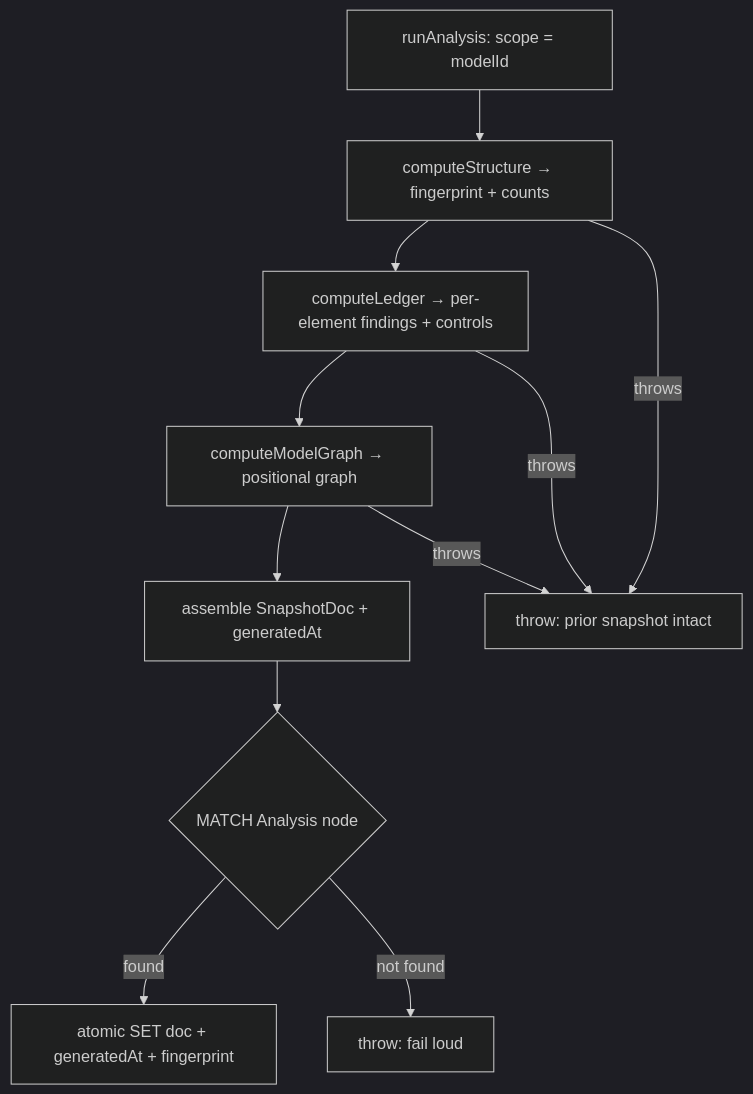
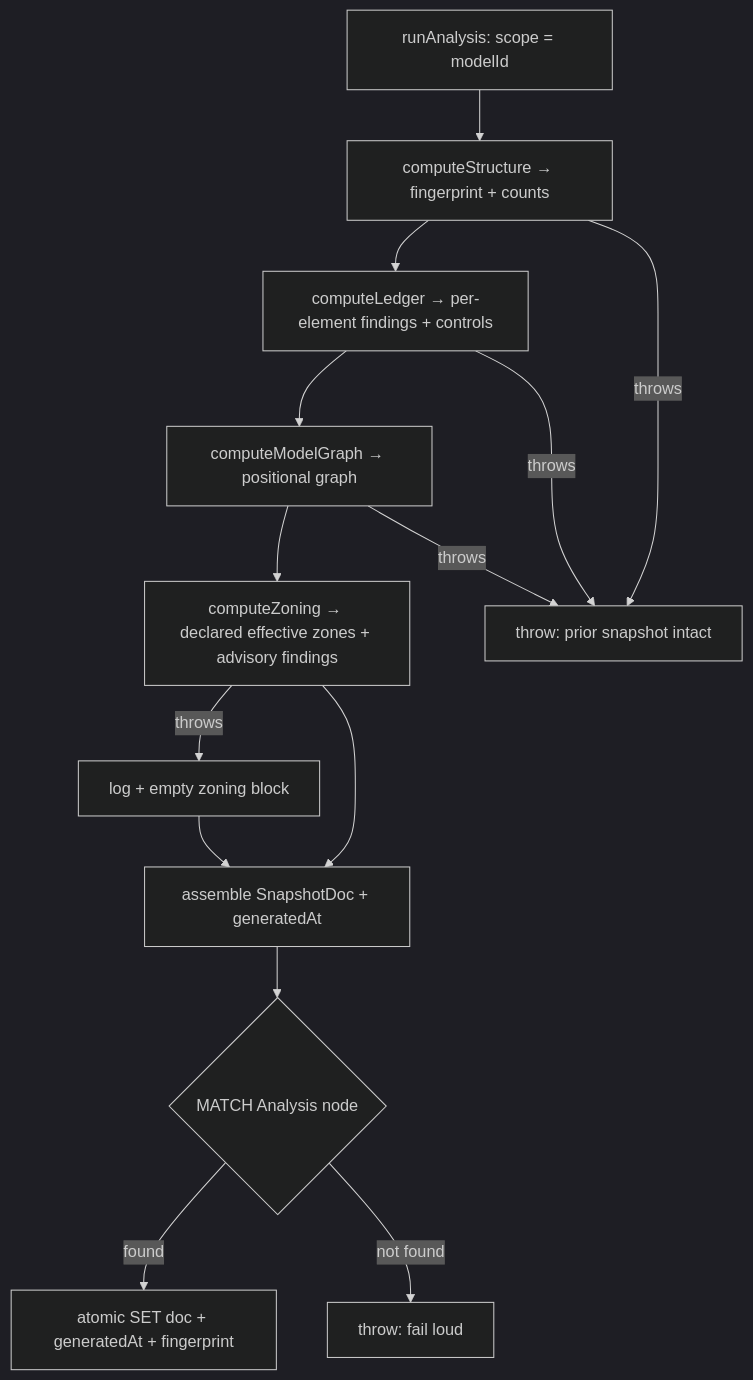
The second of 3 diagrams in docs/architecture/dethernety-threat-report/backend.md (dether-net/dethernety-oss), drawn with Mermaid (dark theme) before and after one commit. The commit also changed other lines of this file and 26 other files, not shown here.

First line of the commit message:
feat(threat-report): declared-zone data-flow policy surfaces (#222)

````diff
--- a/docs/architecture/dethernety-threat-report/backend.md
+++ b/docs/architecture/dethernety-threat-report/backend.md
@@ -96,13 +98,16 @@
 ```mermaid
 flowchart TD
     A[runAnalysis: scope = modelId] --> B[computeStructure → fingerprint + counts]
     B --> C[computeLedger → per-element findings + controls]
     C --> D[computeModelGraph → positional graph]
-    D --> E[assemble SnapshotDoc + generatedAt]
+    D --> Z[computeZoning → declared effective zones + advisory findings]
+    Z -- throws --> ZE[log + empty zoning block]
+    Z --> E[assemble SnapshotDoc + generatedAt]
+    ZE --> E
     E --> F{MATCH Analysis node}
     F -- found --> G[atomic SET doc + generatedAt + fingerprint]
     F -- not found --> H[throw: fail loud]
     B -- throws --> H2[throw: prior snapshot intact]
     C -- throws --> H2
     D -- throws --> H2
 ```
````
